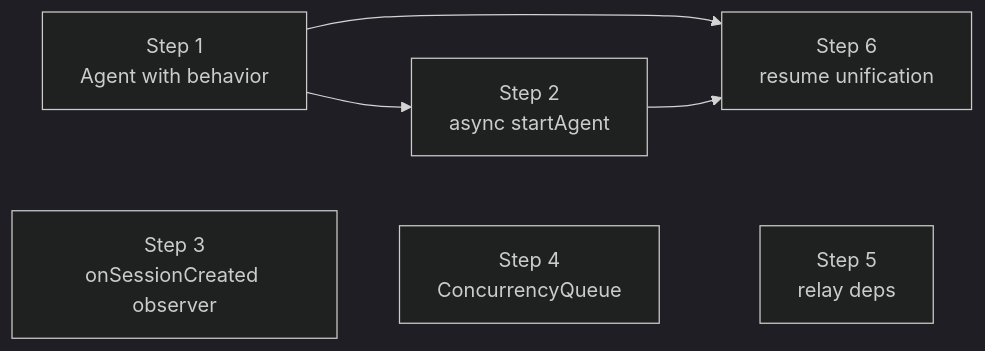
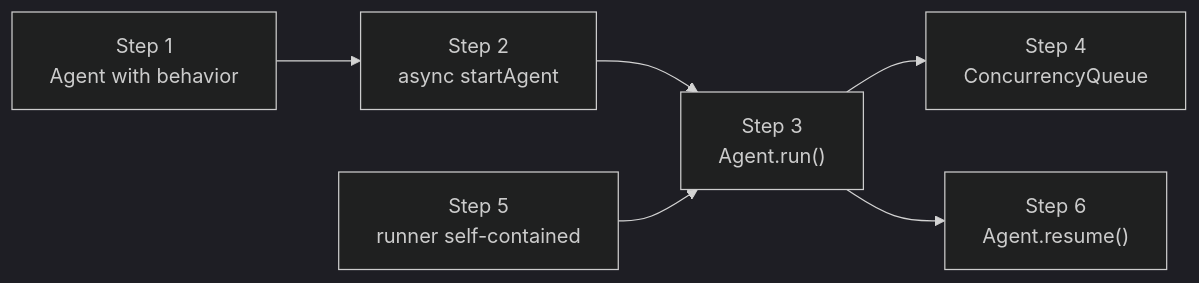
Before and after one commit to ttdua/pi-subagents: the sixth of 6 diagrams in docs/architecture/architecture.md, drawn with Mermaid (dark theme). The commit also changed other lines of this file, not shown here.

First line of the commit message:
docs(pi-subagents): revise Phase 15 roadmap for Agent-born-complete vision

````diff
--- a/docs/architecture/architecture.md
+++ b/docs/architecture/architecture.md
@@ -774,15 +826,15 @@
 ```mermaid
 flowchart LR
     S1["Step 1<br/>Agent with behavior"]
     S2["Step 2<br/>async startAgent"]
-    S3["Step 3<br/>onSessionCreated observer"]
+    S5["Step 5<br/>runner self-contained"]
+    S3["Step 3<br/>Agent.run()"]
     S4["Step 4<br/>ConcurrencyQueue"]
-    S5["Step 5<br/>relay deps"]
-    S6["Step 6<br/>resume unification"]
+    S6["Step 6<br/>Agent.resume()"]
 
     S1 --> S2
-    S1 --> S6
-    S2 --> S6
-    S3 ~~~ S4
-    S4 ~~~ S5
+    S2 --> S3
+    S5 --> S3
+    S3 --> S4
+    S3 --> S6
 ```
````
